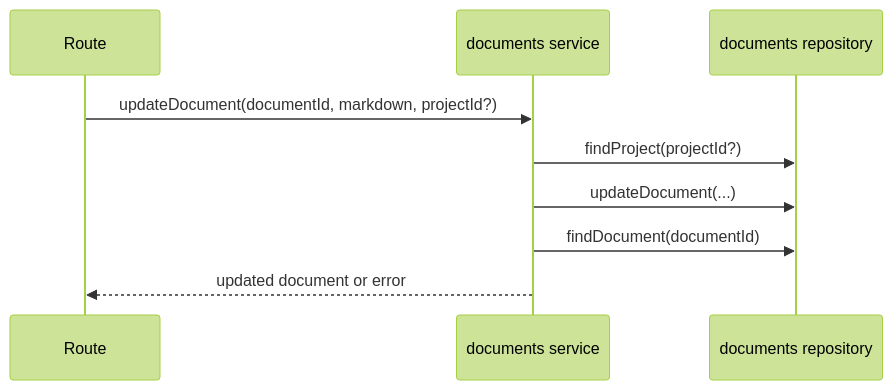
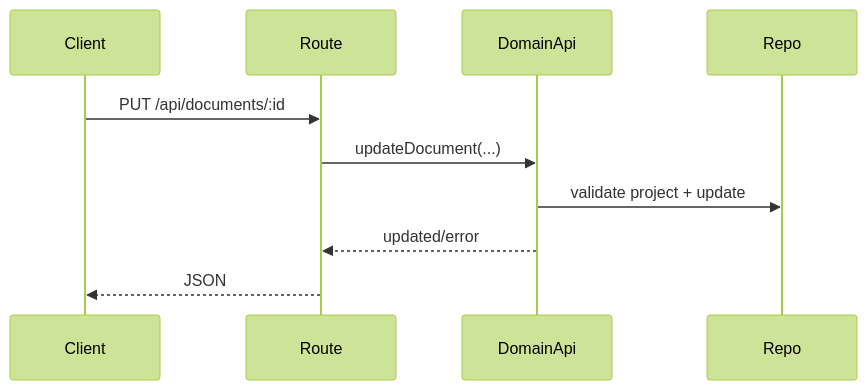
The sixth of 7 diagrams in src/backend/domains/documents/README.md (TurtleStoffel/tektite-console), drawn with Mermaid (forest theme) before and after one commit. The commit also changed other lines of this file and 30 other files, not shown here.

Commit message:
split domainApi from service

````diff
--- a/src/backend/domains/documents/README.md
+++ b/src/backend/domains/documents/README.md
@@ -71,11 +82,12 @@
 ```mermaid
 sequenceDiagram
+    participant Client
     participant Route
-    participant Service as documents service
-    participant Repo as documents repository
-    Route->>Service: updateDocument(documentId, markdown, projectId?)
-    Service->>Repo: findProject(projectId?)
-    Service->>Repo: updateDocument(...)
-    Service->>Repo: findDocument(documentId)
-    Service-->>Route: updated document or error
+    participant DomainApi
+    participant Repo
+    Client->>Route: PUT /api/documents/:id
+    Route->>DomainApi: updateDocument(...)
+    DomainApi->>Repo: validate project + update
+    DomainApi-->>Route: updated/error
+    Route-->>Client: JSON
 ```
````
